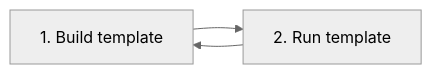
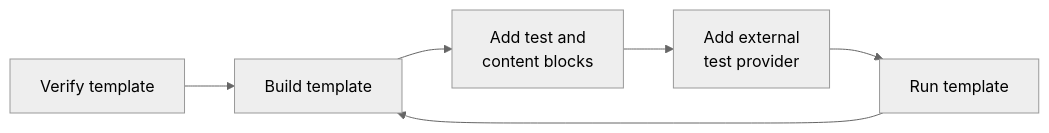
Before and after one commit to validmind/documentation: the second of 2 diagrams in site/guide/get-started-developer-framework.qmd, drawn with Mermaid (neutral theme). The commit also changed other lines of this file and 108 other files, not shown here.

````diff
--- a/site/guide/get-started-developer-framework.qmd
+++ b/site/guide/get-started-developer-framework.qmd
@@ -72,5 +72,9 @@
 ```{mermaid}
 graph LR
-    A[1. Build template] --> B[2. Run template]
-    B --> A
+    A[Verify template] --> B[Build template]
+    B --> D[Add test and<br>content blocks]
+    D --> E[Add external<br>test provider]
+    E --> C[Run template]
+    C --> B
+
 ```
````
